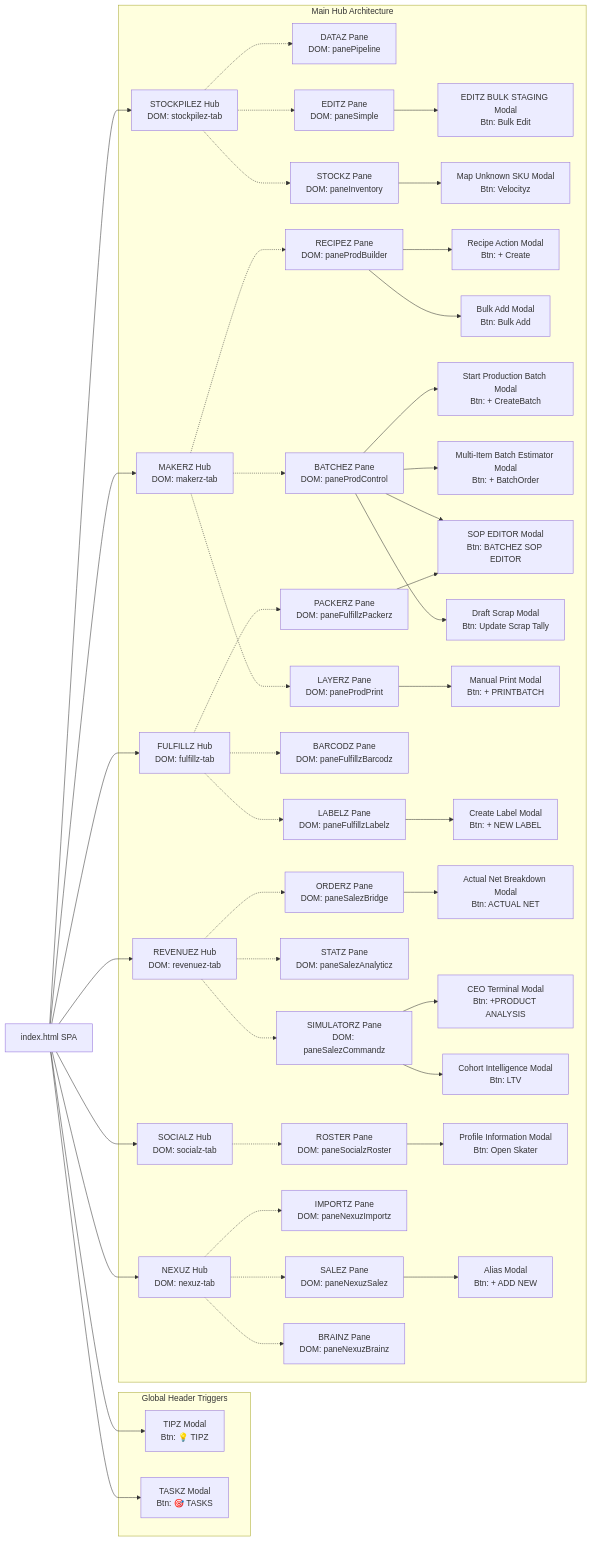
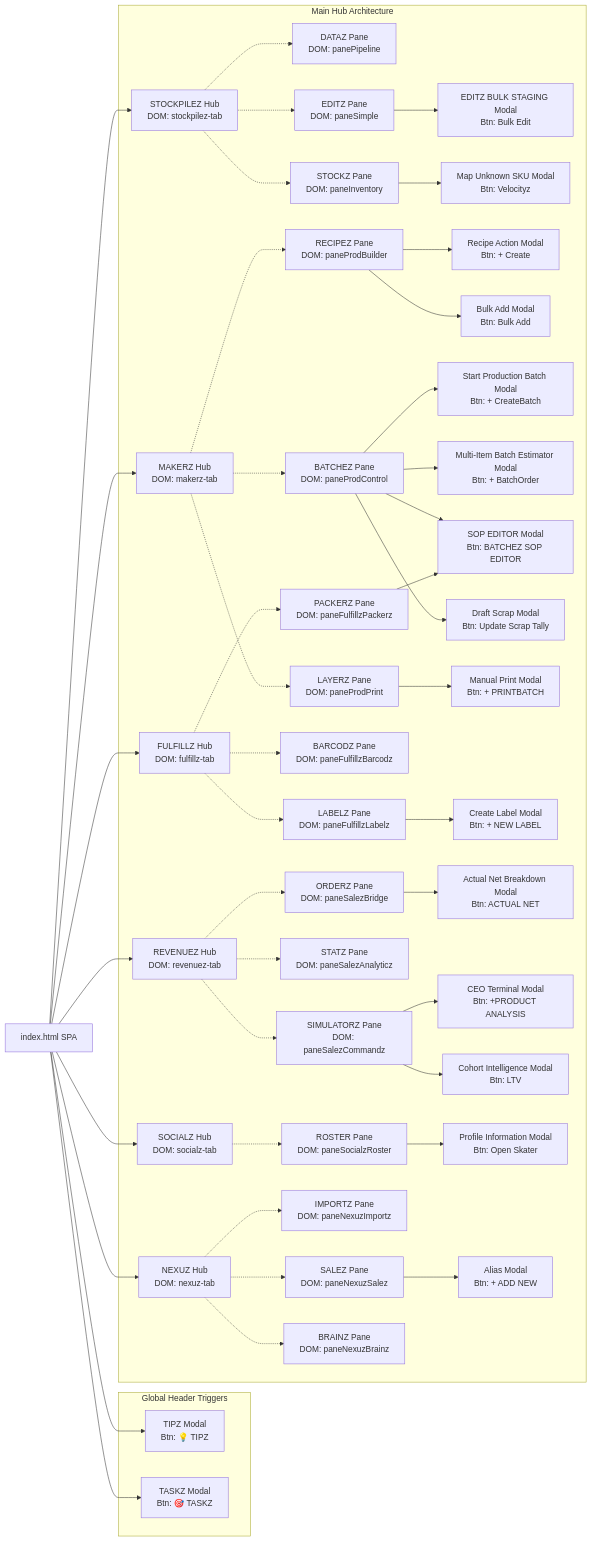
One commit to Neogleamz/neogleamz.github.io changed the diagram in nomenclature_dictionary.md. Above: the diagram before and after it, drawn with Mermaid. The commit also changed 3 other files, not shown here.

Commit message:
feat(ui): globally transition Tasks and Tipz header buttons to Canonical Z styling (TASKZ, TIPZ)

````diff
--- a/nomenclature_dictionary.md
+++ b/nomenclature_dictionary.md
@@ -14,77 +14,77 @@
 ```mermaid
 graph LR
     App[index.html SPA]
     
     subgraph Global [Global Header Triggers]
         TipzModal[TIPZ Modal<br>Btn: 💡 TIPZ]
-        TaskzModal[TASKZ Modal<br>Btn: 🎯 TASKS]
+        TaskzModal[TASKZ Modal<br>Btn: 🎯 TASKZ]
     end
     
     App --> TipzModal
     App --> TaskzModal
     
     subgraph Core [Main Hub Architecture]
         %% STOCKPILEZ HUB
         Stockpilez[STOCKPILEZ Hub<br>DOM: stockpilez-tab]
         Stockpilez -.-> SP_Pipeline[DATAZ Pane<br>DOM: panePipeline]
         Stockpilez -.-> SP_Simple[EDITZ Pane<br>DOM: paneSimple]
         Stockpilez -.-> SP_Inventory[STOCKZ Pane<br>DOM: paneInventory]
         
         SP_Simple --> EditzBulkModal[EDITZ BULK STAGING Modal<br>Btn: Bulk Edit]
         SP_Inventory --> VelocityzModal[Map Unknown SKU Modal<br>Btn: Velocityz]
         
         %% MAKERZ HUB
         Makerz[MAKERZ Hub<br>DOM: makerz-tab]
         Makerz -.-> MK_Builder[RECIPEZ Pane<br>DOM: paneProdBuilder]
         Makerz -.-> MK_Control[BATCHEZ Pane<br>DOM: paneProdControl]
         Makerz -.-> MK_Print[LAYERZ Pane<br>DOM: paneProdPrint]
         
         MK_Builder --> RecipeModal[Recipe Action Modal<br>Btn: + Create]
         MK_Builder --> BulkAddModal[Bulk Add Modal<br>Btn: Bulk Add]
         MK_Control --> NewWOModal[Start Production Batch Modal<br>Btn: + CreateBatch]
         MK_Control --> MultiBatchModal[Multi-Item Batch Estimator Modal<br>Btn: + BatchOrder]
         MK_Control --> SOPMasterModal[SOP EDITOR Modal<br>Btn: BATCHEZ SOP EDITOR]
         MK_Control --> DraftScrapModal[Draft Scrap Modal<br>Btn: Update Scrap Tally]
         MK_Print --> ManualPrintModal[Manual Print Modal<br>Btn: + PRINTBATCH]
         
         %% FULFILLZ HUB
         Fulfillz[FULFILLZ Hub<br>DOM: fulfillz-tab]
         Fulfillz -.-> FZ_Packerz[PACKERZ Pane<br>DOM: paneFulfillzPackerz]
         Fulfillz -.-> FZ_Barcodz[BARCODZ Pane<br>DOM: paneFulfillzBarcodz]
         Fulfillz -.-> FZ_Labelz[LABELZ Pane<br>DOM: paneFulfillzLabelz]
         
         FZ_Packerz --> SOPMasterModal
         FZ_Labelz --> CreateLabelModal[Create Label Modal<br>Btn: + NEW LABEL]
         
         %% REVENUEZ HUB
         Revenuez[REVENUEZ Hub<br>DOM: revenuez-tab]
         Revenuez -.-> RV_Bridge[ORDERZ Pane<br>DOM: paneSalezBridge]
         Revenuez -.-> RV_Analyticz[STATZ Pane<br>DOM: paneSalezAnalyticz]
         Revenuez -.-> RV_Commandz[SIMULATORZ Pane<br>DOM: paneSalezCommandz]
         
         RV_Bridge --> ActualNetModal[Actual Net Breakdown Modal<br>Btn: ACTUAL NET]
         RV_Commandz --> CeoAddModal[CEO Terminal Modal<br>Btn: +PRODUCT ANALYSIS]
         RV_Commandz --> LtvModal[Cohort Intelligence Modal<br>Btn: LTV]
         
         %% SOCIALZ HUB
         Socialz[SOCIALZ Hub<br>DOM: socialz-tab]
         Socialz -.-> SZ_Roster[ROSTER Pane<br>DOM: paneSocialzRoster]
         
         SZ_Roster --> SkaterModal[Profile Information Modal<br>Btn: Open Skater]
         
         %% NEXUZ HUB
         Nexuz[NEXUZ Hub<br>DOM: nexuz-tab]
         Nexuz -.-> NX_Importz[IMPORTZ Pane<br>DOM: paneNexuzImportz]
         Nexuz -.-> NX_Salez[SALEZ Pane<br>DOM: paneNexuzSalez]
         Nexuz -.-> NX_Brainz[BRAINZ Pane<br>DOM: paneNexuzBrainz]
         
         NX_Salez --> AliasModal[Alias Modal<br>Btn: + ADD NEW]
     end
 
     App --> Stockpilez
     App --> Makerz
     App --> Fulfillz
     App --> Revenuez
     App --> Socialz
     App --> Nexuz
 ```
````
